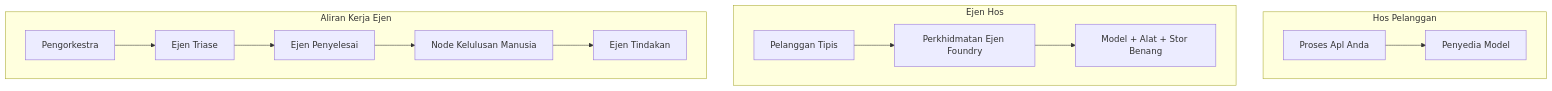
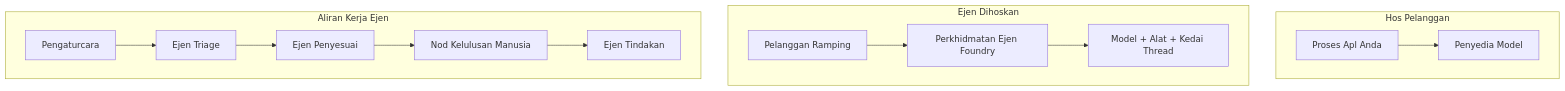
The first of 4 diagrams in mirrors/repos/microsoft@ai-agents-for-beginners/translations/ms/16-deploying-scalable-agents/README.md (gabrielmoreira/agent-skills-mirror), drawn with Mermaid before and after one commit. The commit also changed other lines of this file and 3581 other files, not shown here.

````diff
--- a/mirrors/repos/microsoft@ai-agents-for-beginners/translations/ms/16-deploying-scalable-agents/README.md
+++ b/mirrors/repos/microsoft@ai-agents-for-beginners/translations/ms/16-deploying-scalable-agents/README.md
@@ -87,16 +87,16 @@
 ```mermaid
 flowchart TB
     subgraph P1[Hos Pelanggan]
         A1[Proses Apl Anda] --> M1[Penyedia Model]
     end
-    subgraph P2[Ejen Hos]
-        A2[Pelanggan Tipis] --> F2[Perkhidmatan Ejen Foundry]
-        F2 --> M2[Model + Alat + Stor Benang]
+    subgraph P2[Ejen Dihoskan]
+        A2[Pelanggan Ramping] --> F2[Perkhidmatan Ejen Foundry]
+        F2 --> M2[Model + Alat + Kedai Thread]
     end
     subgraph P3[Aliran Kerja Ejen]
-        A3[Pengorkestra] --> S1[Ejen Triase]
-        S1 --> S2[Ejen Penyelesai]
-        S2 --> H[Node Kelulusan Manusia]
+        A3[Pengaturcara] --> S1[Ejen Triage]
+        S1 --> S2[Ejen Penyesuai]
+        S2 --> H[Nod Kelulusan Manusia]
         H --> S3[Ejen Tindakan]
     end
 ```
````
